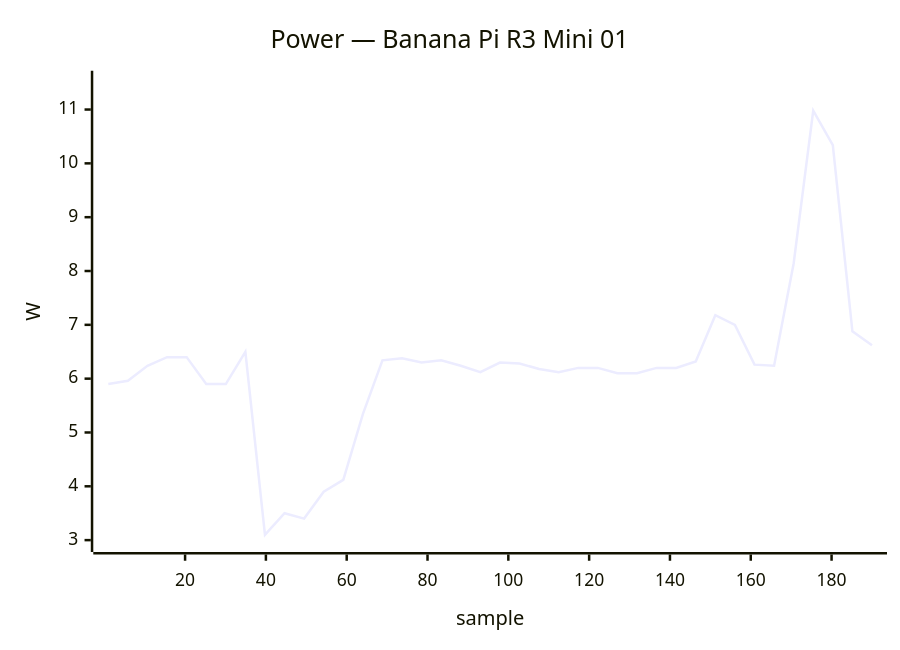
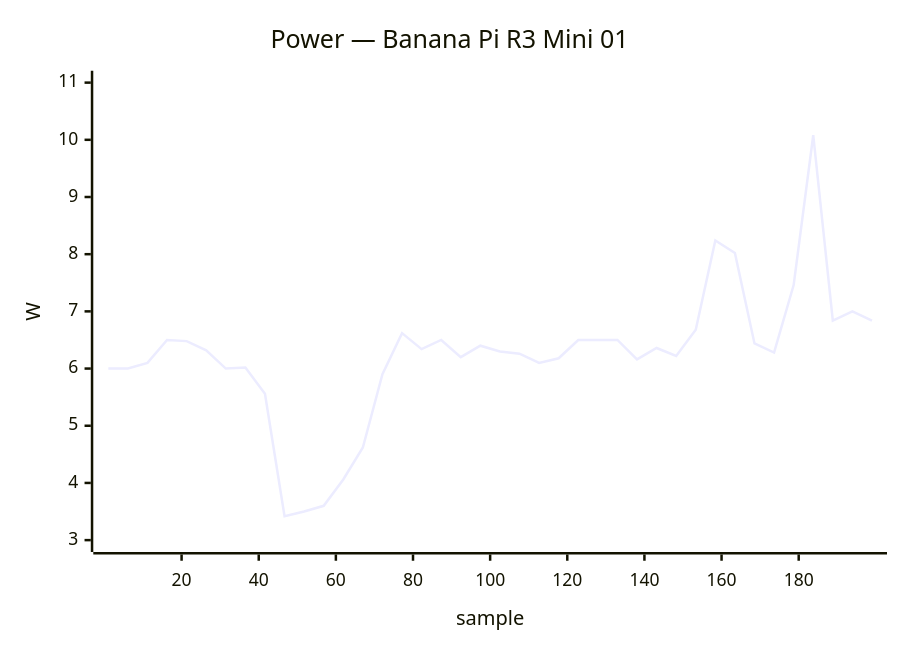
One commit to armbian/documentation changed diagram 27 of 34 in docs/status/board-tests.md. Above: the diagram before and after it, drawn with Mermaid. The commit also changed other lines of this file, not shown here.

````diff
--- a/docs/status/board-tests.md
+++ b/docs/status/board-tests.md
@@ -386,7 +1257,7 @@
 ```mermaid
 xychart-beta
     title "Power — Banana Pi R3 Mini 01"
-    x-axis "sample" 1 --> 190
-    y-axis "W" 3.0 --> 11.5
-    line [5.90, 5.96, 6.24, 6.40, 6.40, 5.90, 5.90, 6.50, 3.10, 3.50, 3.40, 3.90, 4.12, 5.34, 6.34, 6.38, 6.30, 6.34, 6.24, 6.12, 6.30, 6.28, 6.18, 6.12, 6.20, 6.20, 6.10, 6.10, 6.20, 6.20, 6.32, 7.18, 7.00, 6.26, 6.24, 8.14, 10.98, 10.34, 6.88, 6.62]
+    x-axis "sample" 1 --> 199
+    y-axis "W" 3.0 --> 11.0
+    line [6.00, 6.00, 6.10, 6.50, 6.48, 6.32, 6.00, 6.02, 5.56, 3.42, 3.50, 3.60, 4.06, 4.62, 5.90, 6.62, 6.34, 6.50, 6.20, 6.40, 6.30, 6.26, 6.10, 6.18, 6.50, 6.50, 6.50, 6.16, 6.36, 6.22, 6.68, 8.24, 8.02, 6.44, 6.28, 7.46, 10.08, 6.84, 7.00, 6.84]
 ```
````
